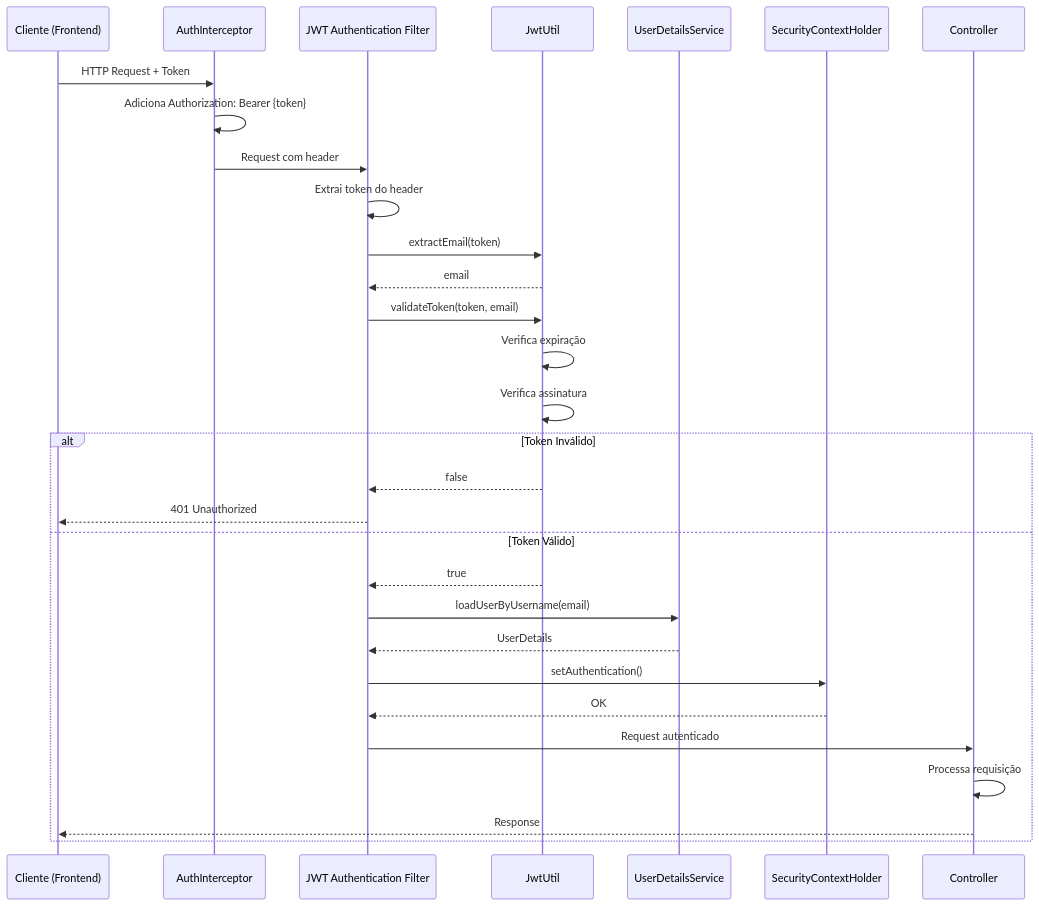
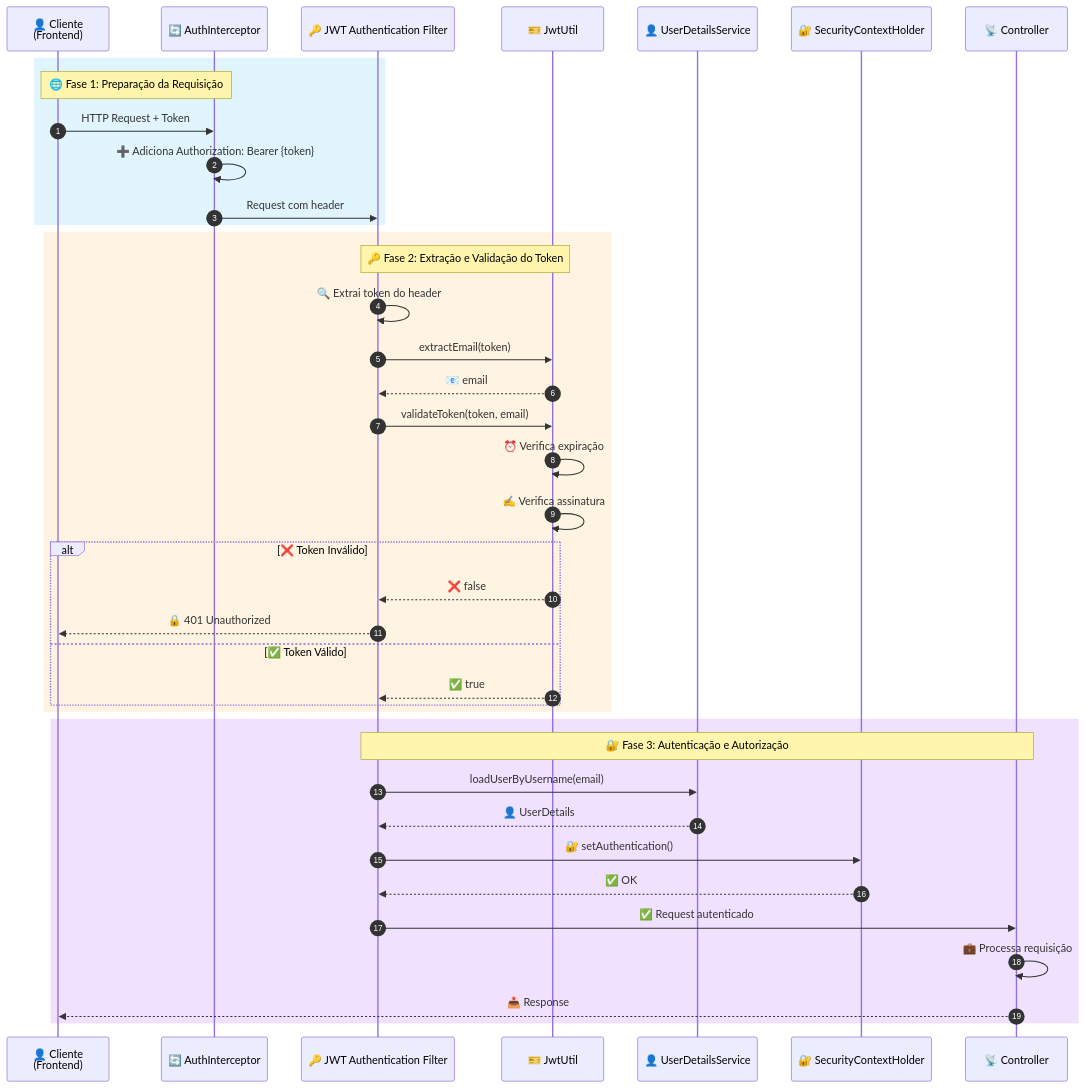
The seventh of 20 diagrams in DOCUMENTACAO_ARQUITETURA_CAMADAS.md (caiohrmm/TCC-BartoFinance), drawn with Mermaid before and after one commit. The commit also changed other lines of this file, not shown here.

````diff
--- a/DOCUMENTACAO_ARQUITETURA_CAMADAS.md
+++ b/DOCUMENTACAO_ARQUITETURA_CAMADAS.md
@@ -303,36 +374,47 @@
 ```mermaid
 sequenceDiagram
-    participant Client as Cliente (Frontend)
-    participant Interceptor as AuthInterceptor
-    participant JWTFilter as JWT Authentication Filter
-    participant JwtUtil as JwtUtil
-    participant UserDetailsService as UserDetailsService
-    participant SecurityContext as SecurityContextHolder
-    participant Controller as Controller
+    autonumber
+    participant Client as 👤 Cliente<br/>(Frontend)
+    participant Interceptor as 🔄 AuthInterceptor
+    participant JWTFilter as 🔑 JWT Authentication Filter
+    participant JwtUtil as 🎫 JwtUtil
+    participant UserDetailsService as 👤 UserDetailsService
+    participant SecurityContext as 🔐 SecurityContextHolder
+    participant Controller as 📡 Controller
 
-    Client->>Interceptor: HTTP Request + Token
-    Interceptor->>Interceptor: Adiciona Authorization: Bearer {token}
-    Interceptor->>JWTFilter: Request com header
+    rect rgb(225, 245, 255)
+        Note over Client,Interceptor: 🌐 Fase 1: Preparação da Requisição
+        Client->>Interceptor: HTTP Request + Token
+        Interceptor->>Interceptor: ➕ Adiciona Authorization: Bearer {token}
+        Interceptor->>JWTFilter: Request com header
+    end
     
-    JWTFilter->>JWTFilter: Extrai token do header
-    JWTFilter->>JwtUtil: extractEmail(token)
-    JwtUtil-->>JWTFilter: email
+    rect rgb(255, 244, 225)
+        Note over JWTFilter,JwtUtil: 🔑 Fase 2: Extração e Validação do Token
+        JWTFilter->>JWTFilter: 🔍 Extrai token do header
+        JWTFilter->>JwtUtil: extractEmail(token)
+        JwtUtil-->>JWTFilter: 📧 email
+        
+        JWTFilter->>JwtUtil: validateToken(token, email)
+        JwtUtil->>JwtUtil: ⏰ Verifica expiração
+        JwtUtil->>JwtUtil: ✍️ Verifica assinatura
+        
+        alt ❌ Token Inválido
+            JwtUtil-->>JWTFilter: ❌ false
+            JWTFilter-->>Client: 🔒 401 Unauthorized
+        else ✅ Token Válido
+            JwtUtil-->>JWTFilter: ✅ true
+        end
+    end
     
-    JWTFilter->>JwtUtil: validateToken(token, email)
-    JwtUtil->>JwtUtil: Verifica expiração
-    JwtUtil->>JwtUtil: Verifica assinatura
-    
-    alt Token Inválido
-        JwtUtil-->>JWTFilter: false
-        JWTFilter-->>Client: 401 Unauthorized
-    else Token Válido
-        JwtUtil-->>JWTFilter: true
+    rect rgb(240, 225, 255)
+        Note over JWTFilter,Controller: 🔐 Fase 3: Autenticação e Autorização
         JWTFilter->>UserDetailsService: loadUserByUsername(email)
-        UserDetailsService-->>JWTFilter: UserDetails
-        JWTFilter->>SecurityContext: setAuthentication()
-        SecurityContext-->>JWTFilter: OK
-        JWTFilter->>Controller: Request autenticado
-        Controller->>Controller: Processa requisição
-        Controller-->>Client: Response
+        UserDetailsService-->>JWTFilter: 👤 UserDetails
+        JWTFilter->>SecurityContext: 🔐 setAuthentication()
+        SecurityContext-->>JWTFilter: ✅ OK
+        JWTFilter->>Controller: ✅ Request autenticado
+        Controller->>Controller: 💼 Processa requisição
+        Controller-->>Client: 📤 Response
     end
 ```
````
